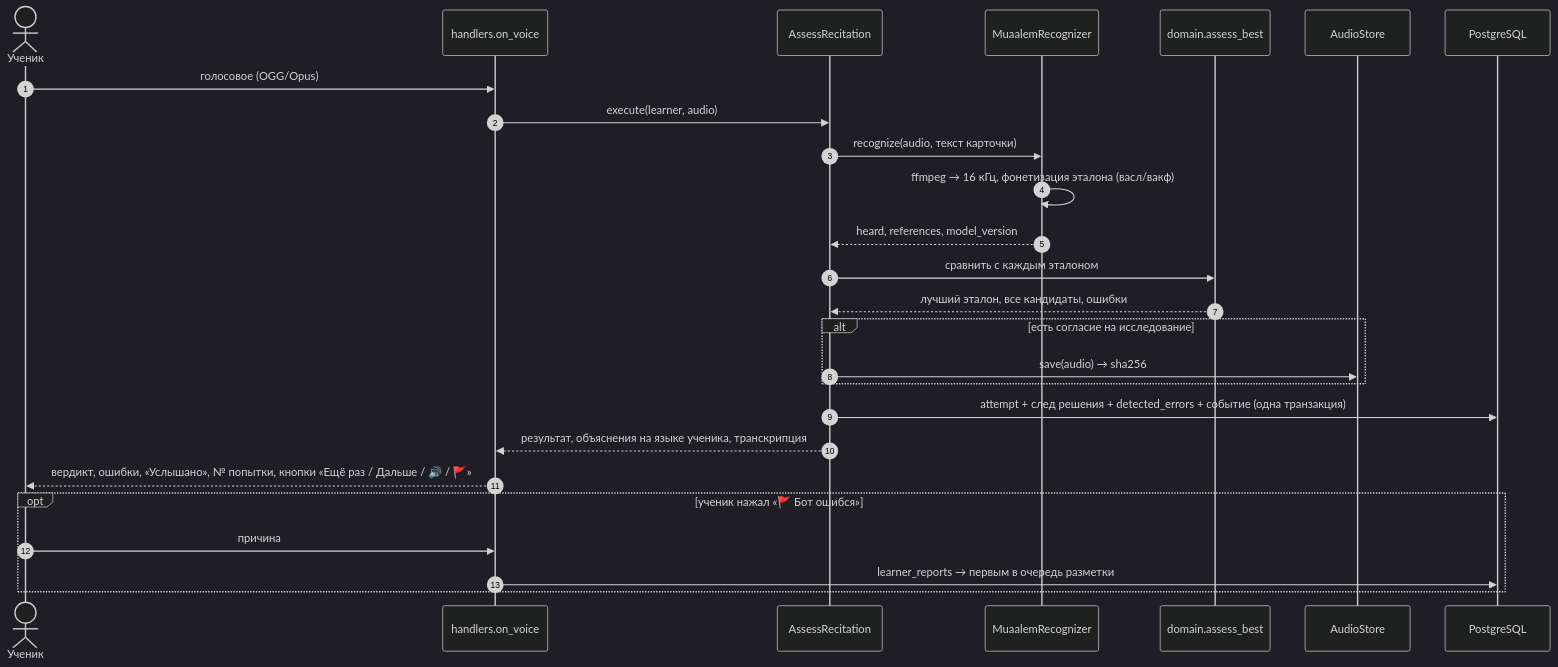
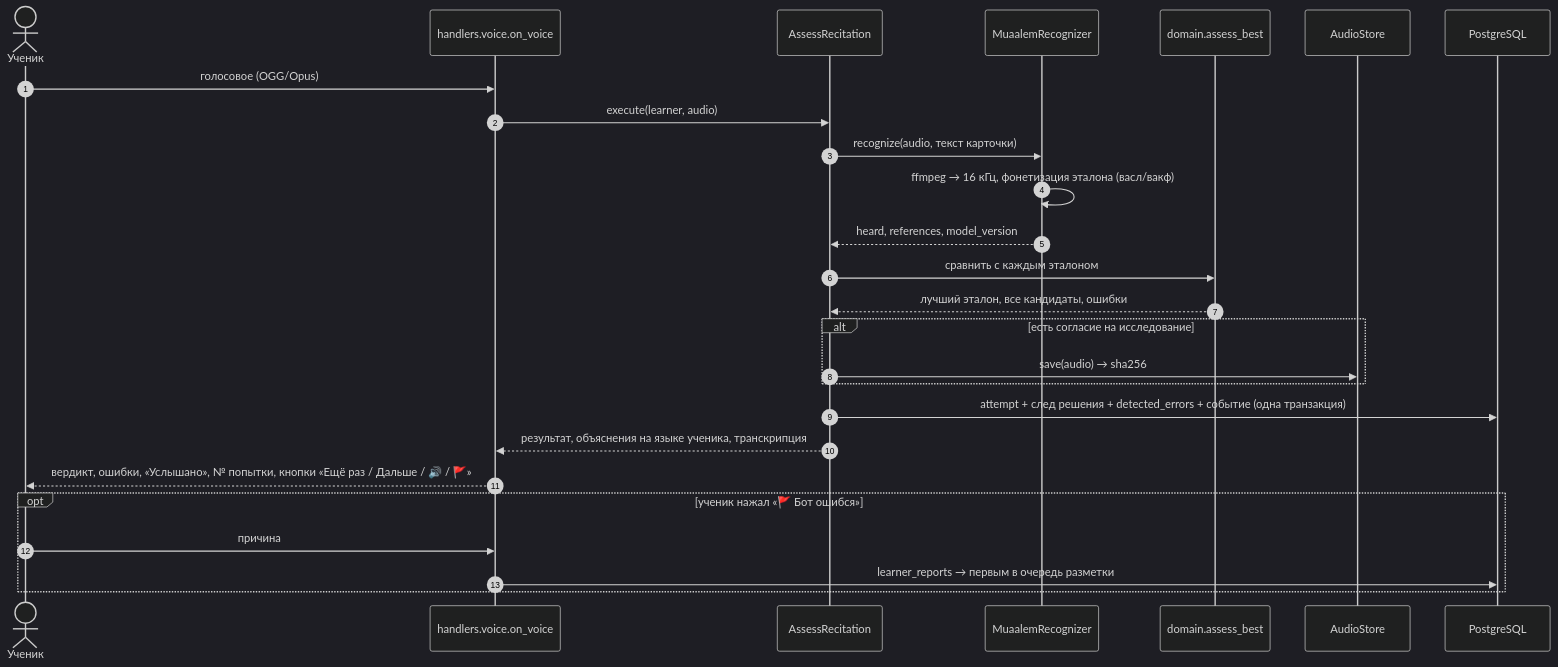
The diagram in docs/architecture/diagrams/03-voice-sequence.mmd (abdra04-gif/muallim), drawn with Mermaid (dark theme) before and after one commit. The commit also changed 52 other files, not shown here.

```diff
--- a/docs/architecture/diagrams/03-voice-sequence.mmd
+++ b/docs/architecture/diagrams/03-voice-sequence.mmd
@@ -1,28 +1,28 @@
 %% Что происходит, когда ученик присылает голосовое.
 sequenceDiagram
     autonumber
     actor L as Ученик
-    participant H as handlers.on_voice
+    participant H as handlers.voice.on_voice
     participant UC as AssessRecitation
     participant R as MuaalemRecognizer
     participant D as domain.assess_best
     participant S as AudioStore
     participant DB as PostgreSQL
 
     L->>H: голосовое (OGG/Opus)
     H->>UC: execute(learner, audio)
     UC->>R: recognize(audio, текст карточки)
     R->>R: ffmpeg → 16 кГц, фонетизация эталона (васл/вакф)
     R-->>UC: heard, references, model_version
     UC->>D: сравнить с каждым эталоном
     D-->>UC: лучший эталон, все кандидаты, ошибки
     alt есть согласие на исследование
         UC->>S: save(audio) → sha256
     end
     UC->>DB: attempt + след решения + detected_errors + событие (одна транзакция)
     UC-->>H: результат, объяснения на языке ученика, транскрипция
     H-->>L: вердикт, ошибки, «Услышано», № попытки, кнопки «Ещё раз / Дальше / 🔊 / 🚩»
     opt ученик нажал «🚩 Бот ошибся»
         L->>H: причина
         H->>DB: learner_reports → первым в очередь разметки
     end
```
